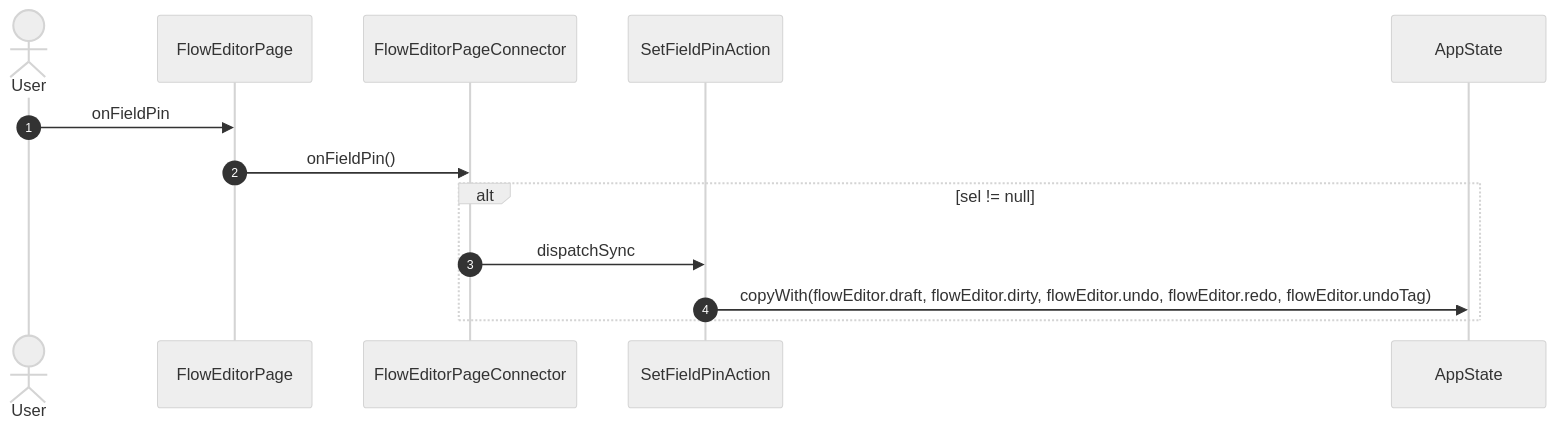
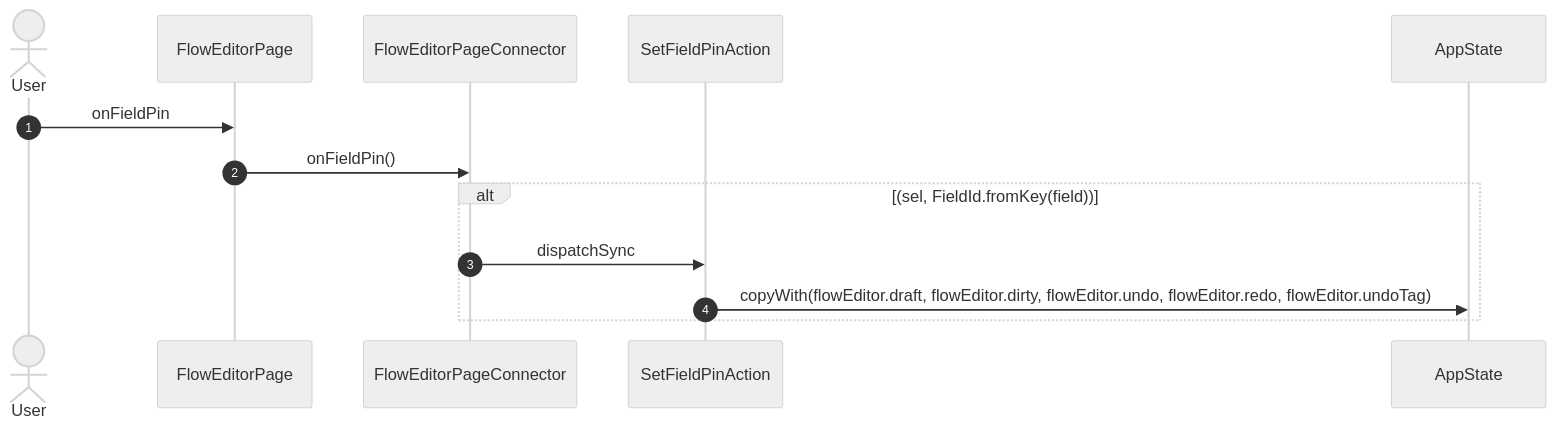
Before and after one commit to gencto/wyrm: diagram 28 of 42 in studio/docs/flows/flowEditor.md, drawn with Mermaid (neutral theme). The commit also changed other lines of this file and 61 other files, not shown here.

First line of the commit message:
studio: flow editor: typed editor state, field ids and actions without unawaited

````diff
--- a/studio/docs/flows/flowEditor.md
+++ b/studio/docs/flows/flowEditor.md
@@ -609,16 +612,16 @@
 ```mermaid
 sequenceDiagram
     autonumber
     actor User
     participant UI as FlowEditorPage
     participant VM as FlowEditorPageConnector
     participant A1 as SetFieldPinAction
     participant ST as AppState
 
     User->>UI: onFieldPin
     UI->>VM: onFieldPin()
-    alt sel != null
+    alt (sel, FieldId.fromKey(field))
         VM->>A1: dispatchSync
         A1->>ST: copyWith(flowEditor.draft, flowEditor.dirty, flowEditor.undo, flowEditor.redo, flowEditor.undoTag)
     end
 ```
````
